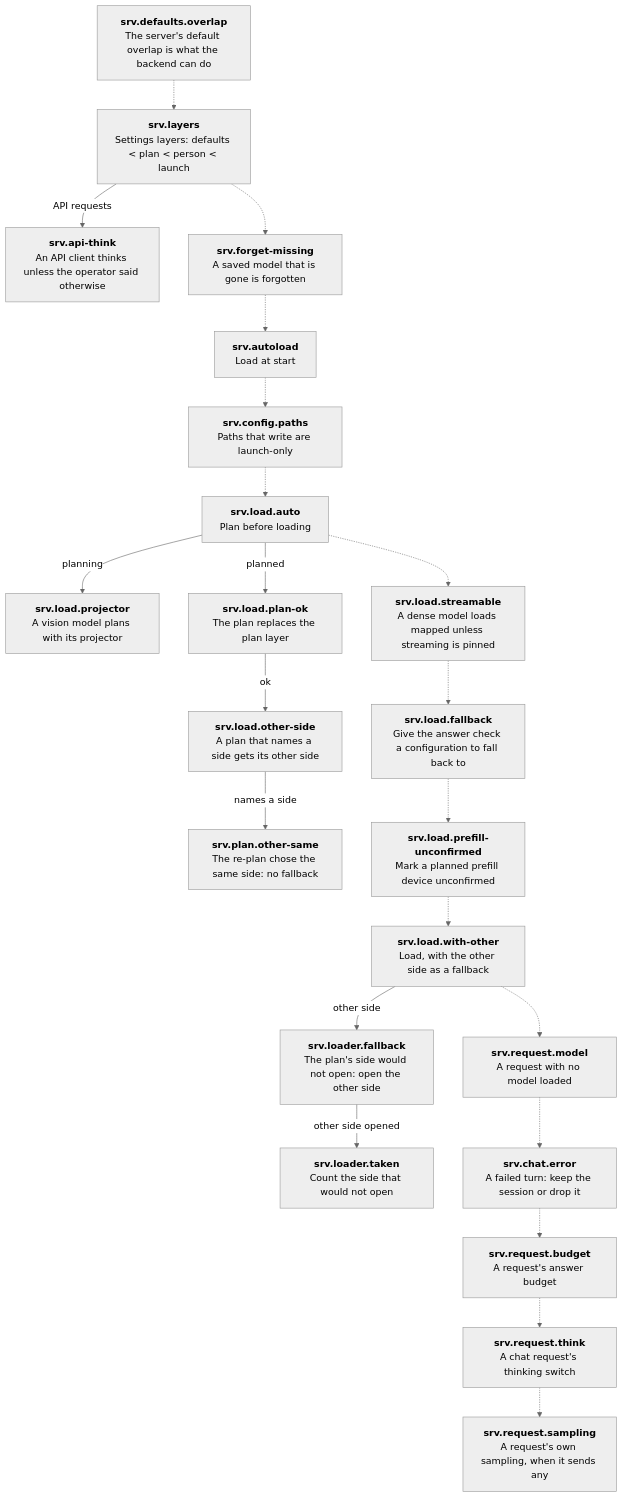
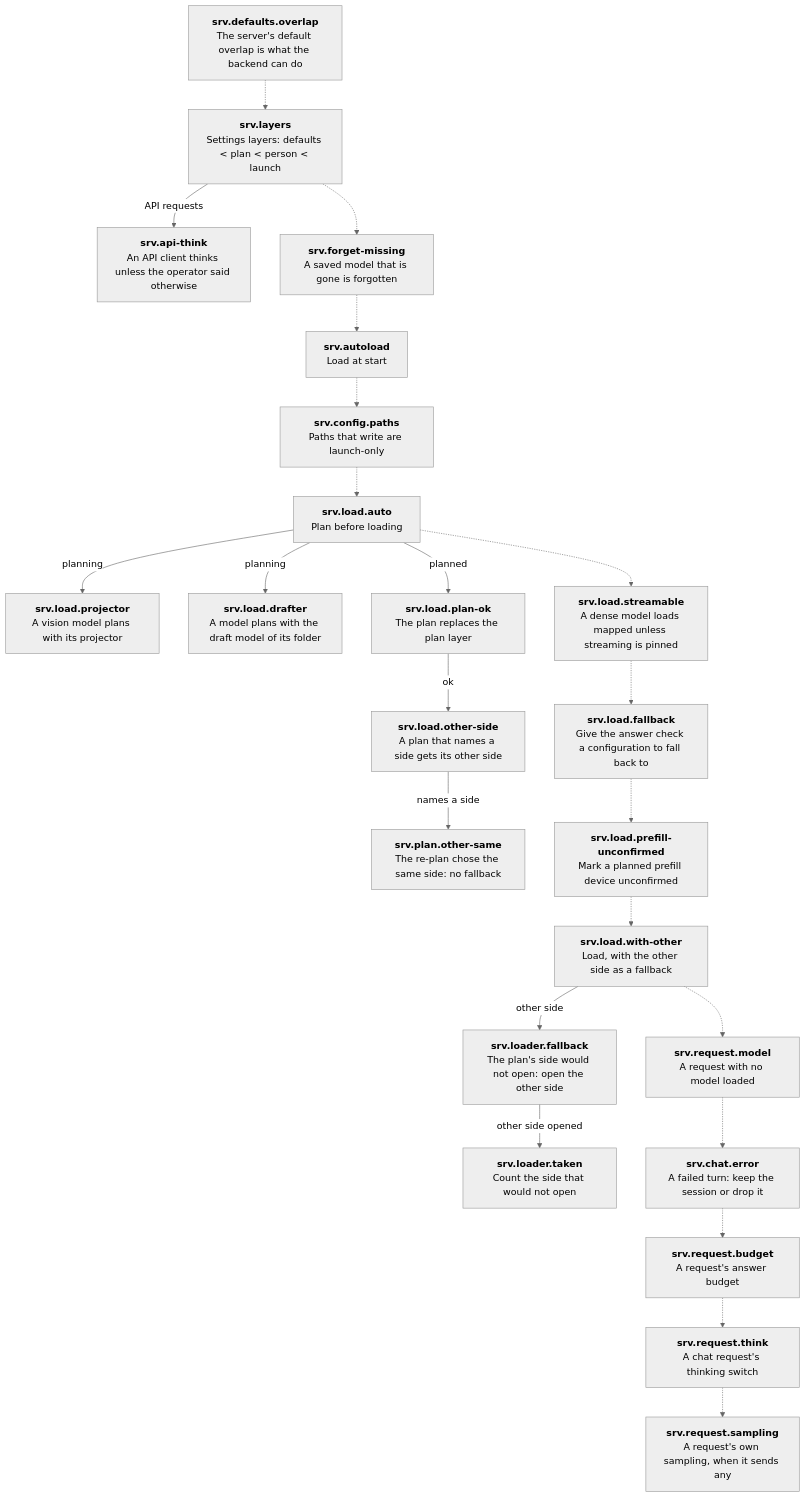
Before and after one commit to Helldez/BigMoeOnEdge: the third of 7 diagrams in docs/decision-tree.md, drawn with Mermaid (neutral theme). The commit also changed other lines of this file and 26 other files, not shown here.

First line of the commit message:
feat(plan): --auto weighs a draft model paired with the model beside its own head and no draft

````diff
--- a/docs/decision-tree.md
+++ b/docs/decision-tree.md
@@ -276,46 +276,48 @@
 ```mermaid
 flowchart TD
     srv_defaults_overlap["<b>srv.defaults.overlap</b><br/>The server's default overlap is what the backend can do"]
     srv_layers["<b>srv.layers</b><br/>Settings layers: defaults #lt; plan #lt; person #lt; launch"]
     srv_api_think["<b>srv.api-think</b><br/>An API client thinks unless the operator said otherwise"]
     srv_forget_missing["<b>srv.forget-missing</b><br/>A saved model that is gone is forgotten"]
     srv_autoload["<b>srv.autoload</b><br/>Load at start"]
     srv_config_paths["<b>srv.config.paths</b><br/>Paths that write are launch-only"]
     srv_load_auto["<b>srv.load.auto</b><br/>Plan before loading"]
     srv_load_projector["<b>srv.load.projector</b><br/>A vision model plans with its projector"]
+    srv_load_drafter["<b>srv.load.drafter</b><br/>A model plans with the draft model of its folder"]
     srv_load_plan_ok["<b>srv.load.plan-ok</b><br/>The plan replaces the plan layer"]
     srv_load_other_side["<b>srv.load.other-side</b><br/>A plan that names a side gets its other side"]
     srv_plan_other_same["<b>srv.plan.other-same</b><br/>The re-plan chose the same side: no fallback"]
     srv_load_streamable["<b>srv.load.streamable</b><br/>A dense model loads mapped unless streaming is pinned"]
     srv_load_fallback["<b>srv.load.fallback</b><br/>Give the answer check a configuration to fall back to"]
     srv_load_prefill_unconfirmed["<b>srv.load.prefill-unconfirmed</b><br/>Mark a planned prefill device unconfirmed"]
     srv_load_with_other["<b>srv.load.with-other</b><br/>Load, with the other side as a fallback"]
     srv_loader_fallback["<b>srv.loader.fallback</b><br/>The plan's side would not open: open the other side"]
     srv_loader_taken["<b>srv.loader.taken</b><br/>Count the side that would not open"]
     srv_request_model["<b>srv.request.model</b><br/>A request with no model loaded"]
     srv_chat_error["<b>srv.chat.error</b><br/>A failed turn: keep the session or drop it"]
     srv_request_budget["<b>srv.request.budget</b><br/>A request's answer budget"]
     srv_request_think["<b>srv.request.think</b><br/>A chat request's thinking switch"]
     srv_request_sampling["<b>srv.request.sampling</b><br/>A request's own sampling, when it sends any"]
     srv_layers -->|"API requests"| srv_api_think
     srv_load_auto -->|"planning"| srv_load_projector
+    srv_load_auto -->|"planning"| srv_load_drafter
     srv_load_auto -->|"planned"| srv_load_plan_ok
     srv_load_plan_ok -->|"ok"| srv_load_other_side
     srv_load_other_side -->|"names a side"| srv_plan_other_same
     srv_load_with_other -->|"other side"| srv_loader_fallback
     srv_loader_fallback -->|"other side opened"| srv_loader_taken
     srv_defaults_overlap -.-> srv_layers
     srv_layers -.-> srv_forget_missing
     srv_forget_missing -.-> srv_autoload
     srv_autoload -.-> srv_config_paths
     srv_config_paths -.-> srv_load_auto
     srv_load_auto -.-> srv_load_streamable
     srv_load_streamable -.-> srv_load_fallback
     srv_load_fallback -.-> srv_load_prefill_unconfirmed
     srv_load_prefill_unconfirmed -.-> srv_load_with_other
     srv_load_with_other -.-> srv_request_model
     srv_request_model -.-> srv_chat_error
     srv_chat_error -.-> srv_request_budget
     srv_request_budget -.-> srv_request_think
     srv_request_think -.-> srv_request_sampling
 ```
````
